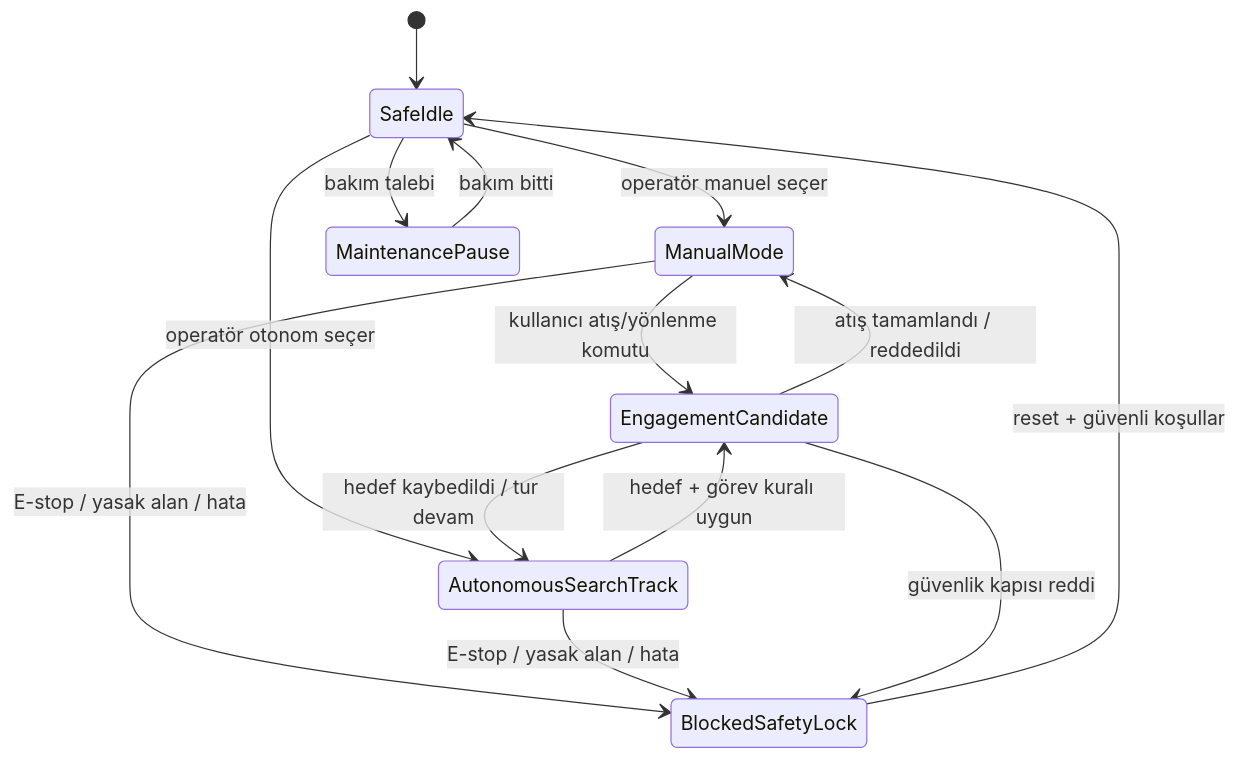
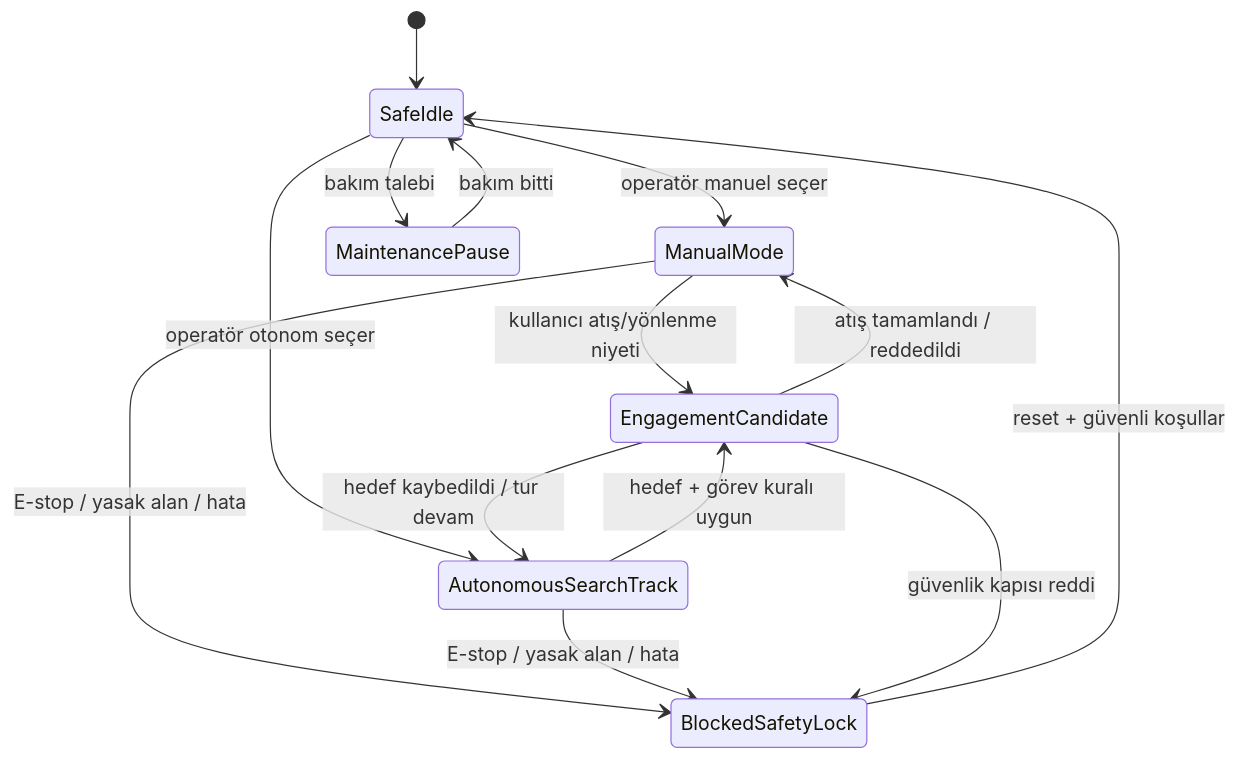
One commit to AlperKartkaya/gokkalkan changed the fifth of 11 diagrams in reports/diyagramlar/mermaid_kodu/ktr_mermaid_diagrams.md. Above: the diagram before and after it, drawn with Mermaid. The commit also changed other lines of this file and 8 other files, not shown here.

Commit message:
docs: add operator panel interface roadmap and update tech stack documentation

````diff
--- a/reports/diyagramlar/mermaid_kodu/ktr_mermaid_diagrams.md
+++ b/reports/diyagramlar/mermaid_kodu/ktr_mermaid_diagrams.md
@@ -80,16 +93,16 @@
 ```mermaid
 stateDiagram-v2
     [*] --> SafeIdle
     SafeIdle --> ManualMode: operatör manuel seçer
     SafeIdle --> AutonomousSearchTrack: operatör otonom seçer
-    ManualMode --> EngagementCandidate: kullanıcı atış/yönlenme komutu
+    ManualMode --> EngagementCandidate: kullanıcı atış/yönlenme niyeti
     AutonomousSearchTrack --> EngagementCandidate: hedef + görev kuralı uygun
     EngagementCandidate --> ManualMode: atış tamamlandı / reddedildi
     EngagementCandidate --> AutonomousSearchTrack: hedef kaybedildi / tur devam
     ManualMode --> BlockedSafetyLock: E-stop / yasak alan / hata
     AutonomousSearchTrack --> BlockedSafetyLock: E-stop / yasak alan / hata
     EngagementCandidate --> BlockedSafetyLock: güvenlik kapısı reddi
     BlockedSafetyLock --> SafeIdle: reset + güvenli koşullar
     SafeIdle --> MaintenancePause: bakım talebi
     MaintenancePause --> SafeIdle: bakım bitti
 ```
````
